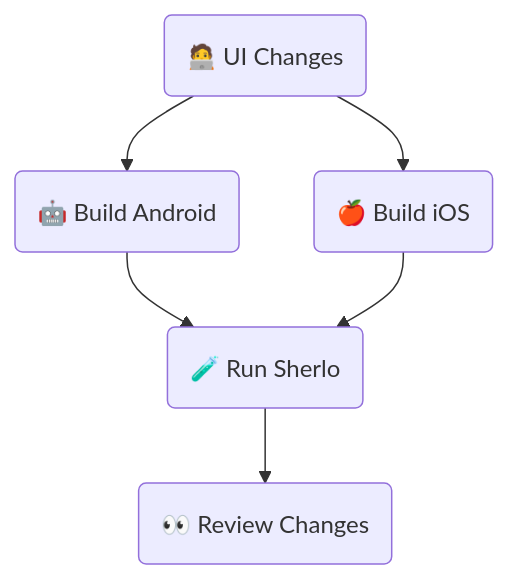
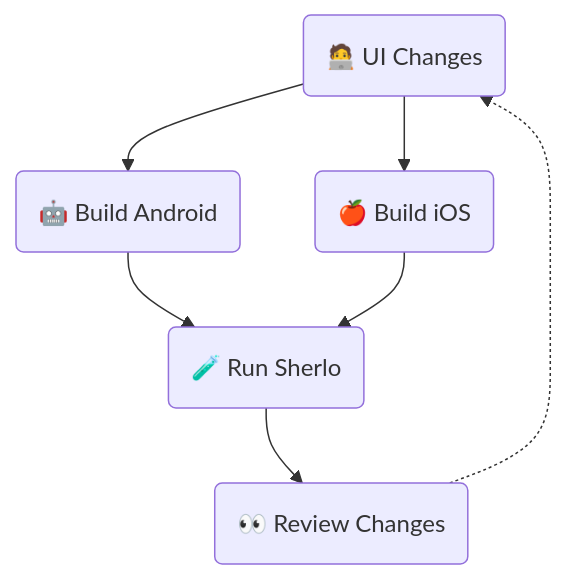
The first of 4 diagrams in examples/standard/README.md (sherlo-io/sherlo), drawn with Mermaid before and after one commit.

Commit message:
no message

````diff
--- a/examples/standard/README.md
+++ b/examples/standard/README.md
@@ -9,14 +9,15 @@
 ```mermaid
 flowchart TD
     UI(🧑‍💻  UI Changes)
     Android(🤖  Build Android)
     iOS(🍎  Build iOS)
     Sherlo(🧪  Run Sherlo)
     Review(👀  Review Changes)
 
     UI --> Android
     UI --> iOS
     Android --> Sherlo
     iOS --> Sherlo
     Sherlo --> Review
+    Review -.-> UI
 ```
````
